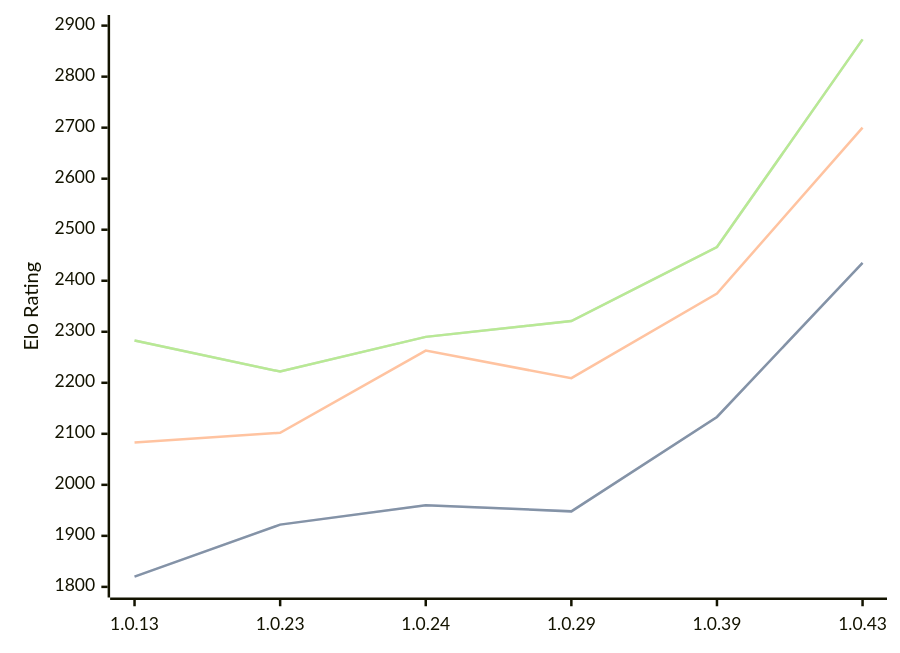
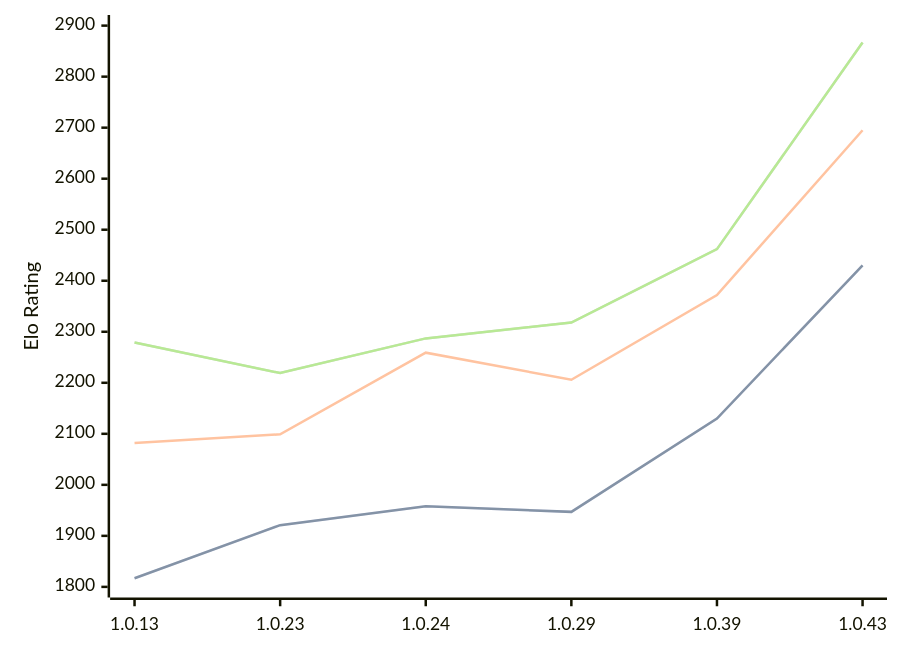
One commit to computer-chess-index/cci changed the diagram in engines/RustyRival.md. Above: the diagram before and after it, drawn with Mermaid. The commit also changed other lines of this file, not shown here.

Commit message:
Update CCI Ratings (ELO VLTC) - 2026-05-18

````diff
--- a/engines/RustyRival.md
+++ b/engines/RustyRival.md
@@ -68,11 +68,11 @@
 ```mermaid
 %%{init: {"theme":"base","themeVariables":{"seriesColors:['#a3a3a3','#222221','#faa371']}}}%%
 xychart-beta
   x-axis ["1.0.13", "1.0.23", "1.0.24", "1.0.29", "1.0.39", "1.0.43"]
   y-axis "Elo Rating" 1800 --> 2900
-  line "STC (8.0+0.08s)" [1820, 1922, 1960, 1948, 2133, 2435]
-  line "STC (8.0+0.08s)" [1820, 1922, 1960, 1948, 2133, 2435]
-  line "LTC (60.0+0.60s)" [2083, 2102, 2263, 2209, 2375, 2700]
-  line "VLTC (2m24s+1.12s)" [2283, 2222, 2290, 2321, 2466, 2873]
-  line "VLTC (2m24s+1.12s)" [2283, 2222, 2290, 2321, 2466, 2873]
+  line "STC (8.0+0.08s)" [1817, 1921, 1958, 1947, 2130, 2430]
+  line "STC (8.0+0.08s)" [1817, 1921, 1958, 1947, 2130, 2430]
+  line "LTC (60.0+0.60s)" [2082, 2099, 2259, 2206, 2372, 2695]
+  line "VLTC (2m24s+1.12s)" [2279, 2219, 2287, 2318, 2462, 2867]
+  line "VLTC (2m24s+1.12s)" [2279, 2219, 2287, 2318, 2462, 2867]
 ```
````
